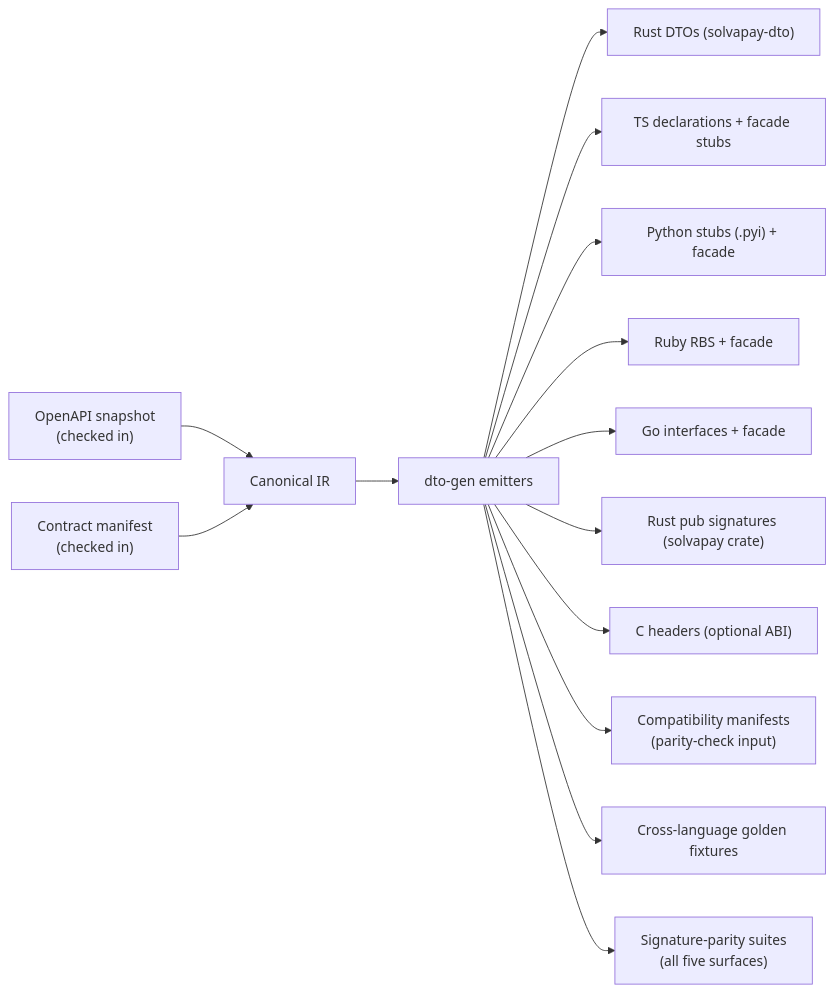
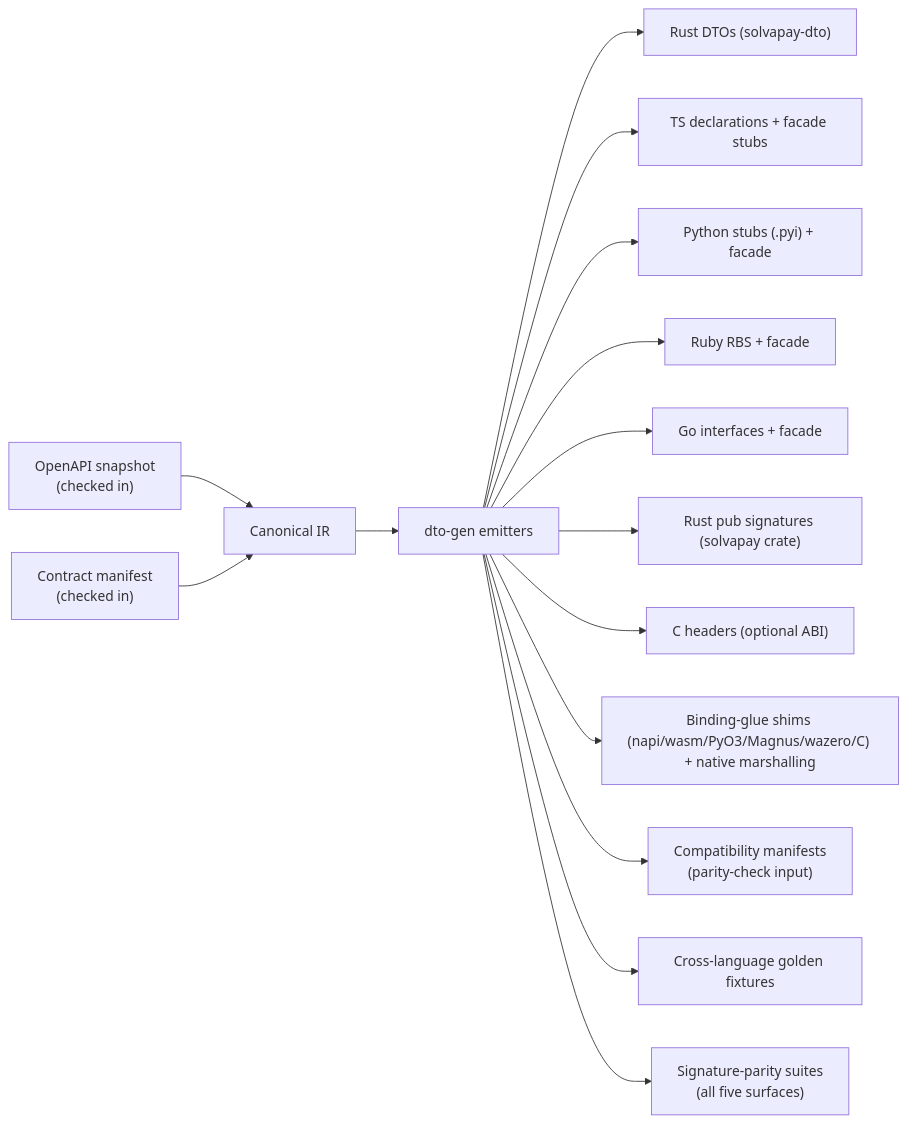
One commit to solvapay/solvapay-sdk changed the third of 19 diagrams in docs/contributing/rust-core-sdk-redesign-v2.md. Above: the diagram before and after it, drawn with Mermaid. The commit also changed other lines of this file and 33 other files, not shown here.

First line of the commit message:
feat(rust): emit napi/wasm binding shims from binding IR (39G-a/b)

````diff
--- a/docs/contributing/rust-core-sdk-redesign-v2.md
+++ b/docs/contributing/rust-core-sdk-redesign-v2.md
@@ -534,16 +536,17 @@
 ```mermaid
 flowchart LR
   OA["OpenAPI snapshot<br/>(checked in)"] --> IR["Canonical IR"]
   MAN["Contract manifest<br/>(checked in)"] --> IR
   IR --> GEN["dto-gen emitters"]
   GEN --> RDTO["Rust DTOs (solvapay-dto)"]
   GEN --> TSD["TS declarations + facade stubs"]
   GEN --> PYS["Python stubs (.pyi) + facade"]
   GEN --> RBS["Ruby RBS + facade"]
   GEN --> GOS["Go interfaces + facade"]
   GEN --> RSF["Rust pub signatures (solvapay crate)"]
   GEN --> CH["C headers (optional ABI)"]
+  GEN --> GLUE["Binding-glue shims (napi/wasm/PyO3/Magnus/wazero/C) + native marshalling"]
   GEN --> CM["Compatibility manifests<br/>(parity-check input)"]
   GEN --> FX["Cross-language golden fixtures"]
   GEN --> SIG["Signature-parity suites<br/>(all five surfaces)"]
 ```
````
